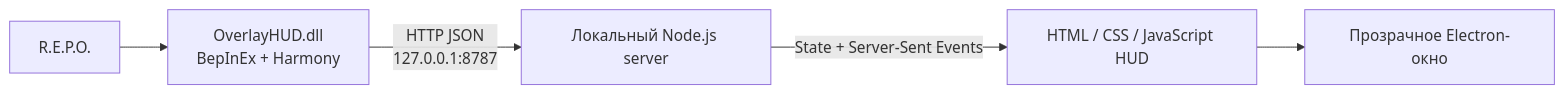
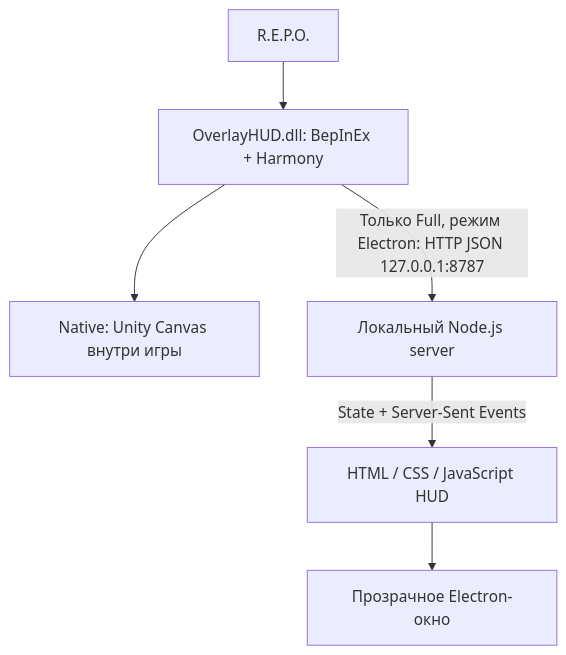
Before and after one commit to Dunweir/OverlayHUD-repo: the diagram in README.md, drawn with Mermaid. The commit also changed other lines of this file and 21 other files, not shown here.

First line of the commit message:
Split HUD packages and fix Electron localization

````diff
--- a/README.md
+++ b/README.md
@@ -258,7 +275,8 @@
 ```mermaid
-flowchart LR
-    Game["R.E.P.O."] --> Plugin["OverlayHUD.dll<br/>BepInEx + Harmony"]
-    Plugin -->|"HTTP JSON<br/>127.0.0.1:8787"| Server["Локальный Node.js server"]
+flowchart TD
+    Game["R.E.P.O."] --> Plugin["OverlayHUD.dll: BepInEx + Harmony"]
+    Plugin --> Native["Native: Unity Canvas внутри игры"]
+    Plugin -->|"Только Full, режим Electron: HTTP JSON 127.0.0.1:8787"| Server["Локальный Node.js server"]
     Server -->|"State + Server-Sent Events"| Web["HTML / CSS / JavaScript HUD"]
     Web --> Electron["Прозрачное Electron-окно"]
 ```
````
